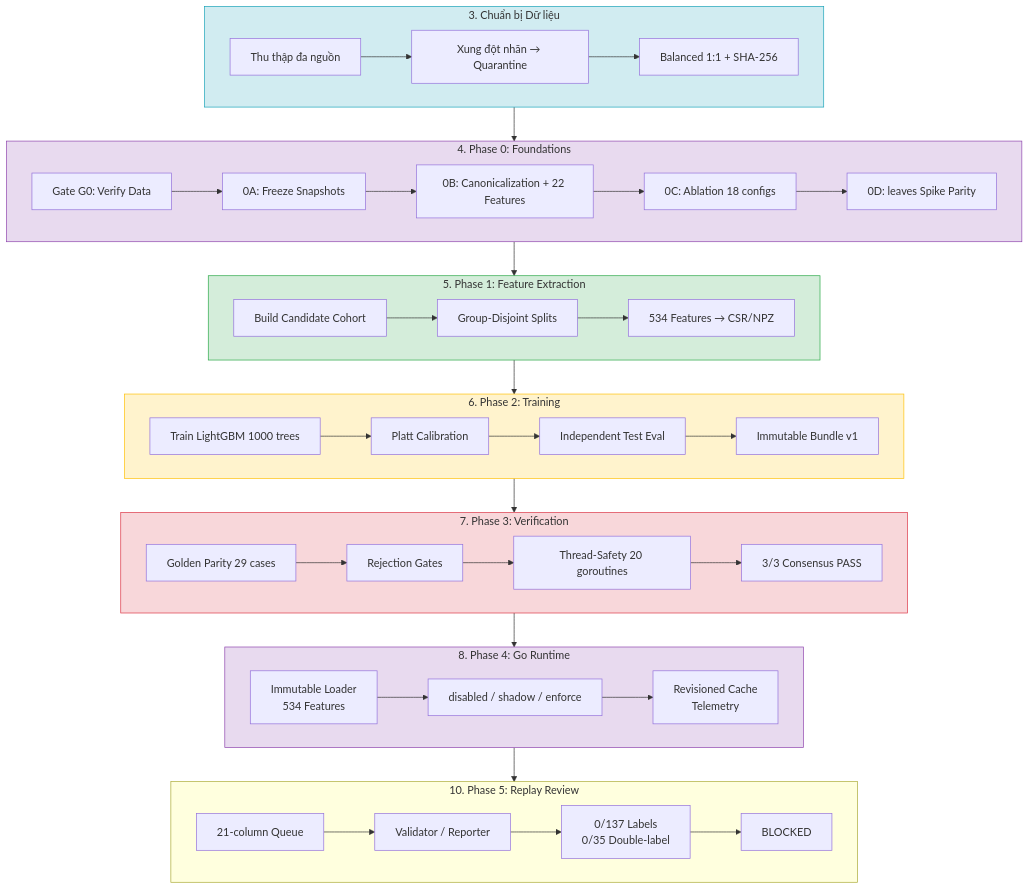
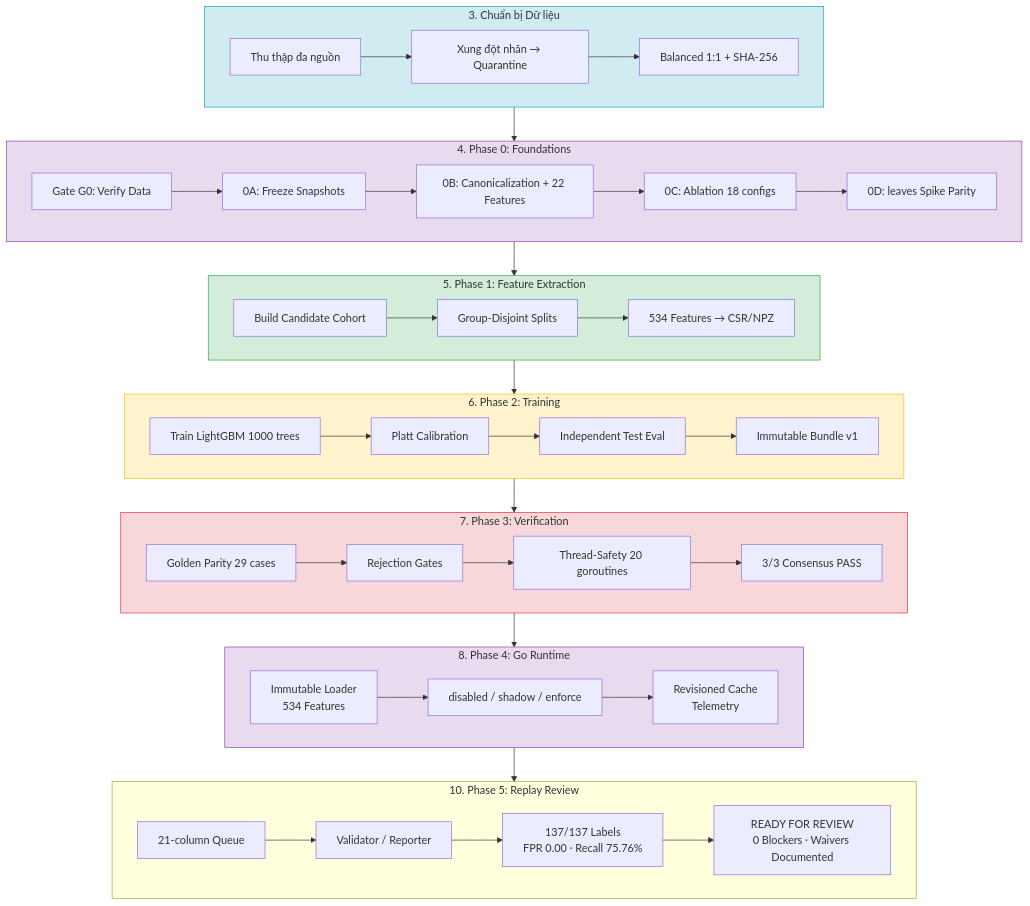
Before and after one commit to vmcchooky/safe-zone: the first of 2 diagrams in docs/research/ml/method.md, drawn with Mermaid. The commit also changed other lines of this file and 260 other files, not shown here.

````diff
--- a/docs/research/ml/method.md
+++ b/docs/research/ml/method.md
@@ -14,51 +14,51 @@
 ```mermaid
 flowchart TB
     subgraph DP["3. Chuẩn bị Dữ liệu"]
         A1["Thu thập đa nguồn"] --> A2["Xung đột nhãn → Quarantine"]
         A2 --> A3["Balanced 1:1 + SHA-256"]
     end
 
     subgraph P0["4. Phase 0: Foundations"]
         B1["Gate G0: Verify Data"] --> B2["0A: Freeze Snapshots"]
         B2 --> B3["0B: Canonicalization + 22 Features"]
         B3 --> B4["0C: Ablation 18 configs"]
         B4 --> B5["0D: leaves Spike Parity"]
     end
 
     subgraph P1["5. Phase 1: Feature Extraction"]
         C1["Build Candidate Cohort"] --> C2["Group-Disjoint Splits"]
         C2 --> C3["534 Features → CSR/NPZ"]
     end
 
     subgraph P2["6. Phase 2: Training"]
         D1["Train LightGBM 1000 trees"] --> D2["Platt Calibration"]
         D2 --> D3["Independent Test Eval"]
         D3 --> D4["Immutable Bundle v1"]
     end
 
     subgraph P3["7. Phase 3: Verification"]
         E1["Golden Parity 29 cases"] --> E2["Rejection Gates"]
         E2 --> E3["Thread-Safety 20 goroutines"]
         E3 --> E4["3/3 Consensus PASS"]
     end
 
     subgraph P4["8. Phase 4: Go Runtime"]
         F1["Immutable Loader<br>534 Features"] --> F2["disabled / shadow / enforce"]
         F2 --> F3["Revisioned Cache<br>Telemetry"]
     end
 
     subgraph P5["10. Phase 5: Replay Review"]
         G1["21-column Queue"] --> G2["Validator / Reporter"]
-        G2 --> G3["0/137 Labels<br>0/35 Double-label"]
-        G3 --> G4["BLOCKED"]
+        G2 --> G3["137/137 Labels<br>FPR 0.00 · Recall 75.76%"]
+        G3 --> G4["READY FOR REVIEW<br>0 Blockers · Waivers Documented"]
     end
 
     DP --> P0 --> P1 --> P2 --> P3 --> P4 --> P5
 
     style DP fill:#D1ECF1,stroke:#17A2B8
     style P0 fill:#E8DAEF,stroke:#8E44AD
     style P1 fill:#D4EDDA,stroke:#28A745
     style P2 fill:#FFF3CD,stroke:#FFC107
     style P3 fill:#F8D7DA,stroke:#DC3545
     style P4 fill:#E8DAEF,stroke:#8E44AD
 ```
````
